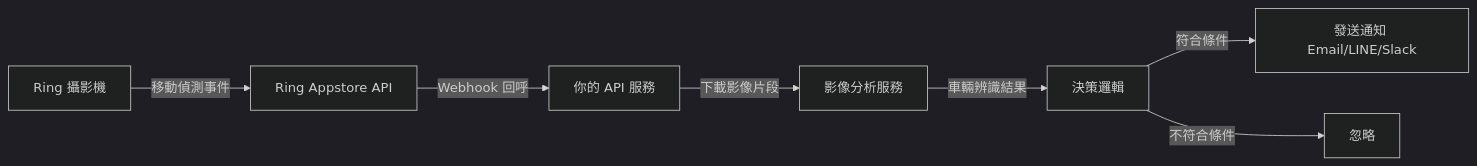
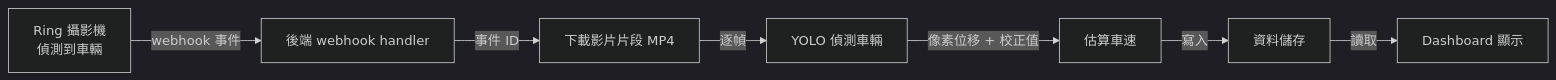
The diagram in src/content/posts/tech/2026-06-07-we-built-a-driveway-derby-detector-using-the-new-ring-appsto.md (a920604a/engineernews), drawn with Mermaid (dark theme) before and after one commit. The commit also changed other lines of this file and 468 other files, not shown here.

````diff
--- a/src/content/posts/tech/2026-06-07-we-built-a-driveway-derby-detector-using-the-new-ring-appsto.md
+++ b/src/content/posts/tech/2026-06-07-we-built-a-driveway-derby-detector-using-the-new-ring-appsto.md
@@ -41,9 +40,9 @@
 ```mermaid
 graph LR
-    A[Ring 攝影機] -->|移動偵測事件| B[Ring Appstore API]
-    B -->|Webhook 回呼| C[你的 API 服務]
-    C -->|下載影像片段| D[影像分析服務]
-    D -->|車輛辨識結果| E[決策邏輯]
-    E -->|符合條件| F[發送通知 Email/LINE/Slack]
-    E -->|不符合條件| G[忽略]
+    A[Ring 攝影機<br/>偵測到車輛] -->|webhook 事件| B[後端 webhook handler]
+    B -->|事件 ID| C[下載影片片段 MP4]
+    C -->|逐幀| D[YOLO 偵測車輛]
+    D -->|像素位移 + 校正值| E[估算車速]
+    E -->|寫入| F[資料儲存]
+    F -->|讀取| G[Dashboard 顯示]
 ```
````
